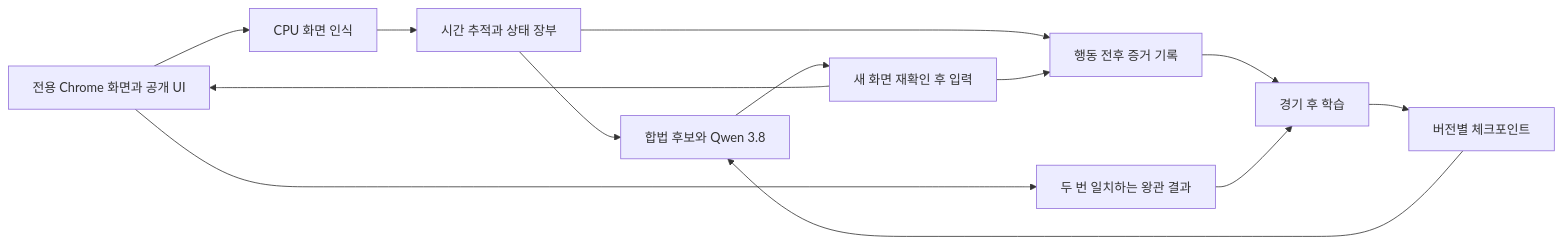
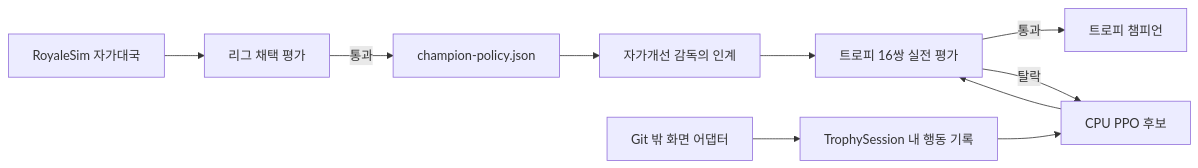
One commit to jingeon27/side-project changed the diagram in projects/clash-bot/docs/learning-design.md. Above: the diagram before and after it, drawn with Mermaid. The commit also changed other lines of this file and 11 other files, not shown here.

Commit message:
docs(clash-bot): Counterpush·Qwen 제거와 자가개선 감독에 맞춰 문서와 계획을 정리한다

````diff
--- a/projects/clash-bot/docs/learning-design.md
+++ b/projects/clash-bot/docs/learning-design.md
@@ -102,15 +89,12 @@
 ```mermaid
 flowchart LR
-    A[전용 Chrome 화면과 공개 UI] --> B[CPU 화면 인식]
-    B --> C[시간 추적과 상태 장부]
-    C --> D[합법 후보와 Qwen 3.8]
-    D --> E[새 화면 재확인 후 입력]
-    E --> A
-    C --> F[행동 전후 증거 기록]
-    E --> F
-    A --> G[두 번 일치하는 왕관 결과]
-    F --> H[경기 후 학습]
-    G --> H
-    H --> I[버전별 체크포인트]
-    I --> D
+    A[RoyaleSim 자가대국] --> B[리그 채택 평가]
+    B -->|통과| C[champion-policy.json]
+    C --> D[자가개선 감독의 인계]
+    D --> E[트로피 16쌍 실전 평가]
+    F[Git 밖 화면 어댑터] --> G[TrophySession 내 행동 기록]
+    G --> H[CPU PPO 후보]
+    H --> E
+    E -->|통과| I[트로피 챔피언]
+    E -->|탈락| H
 ```
````
